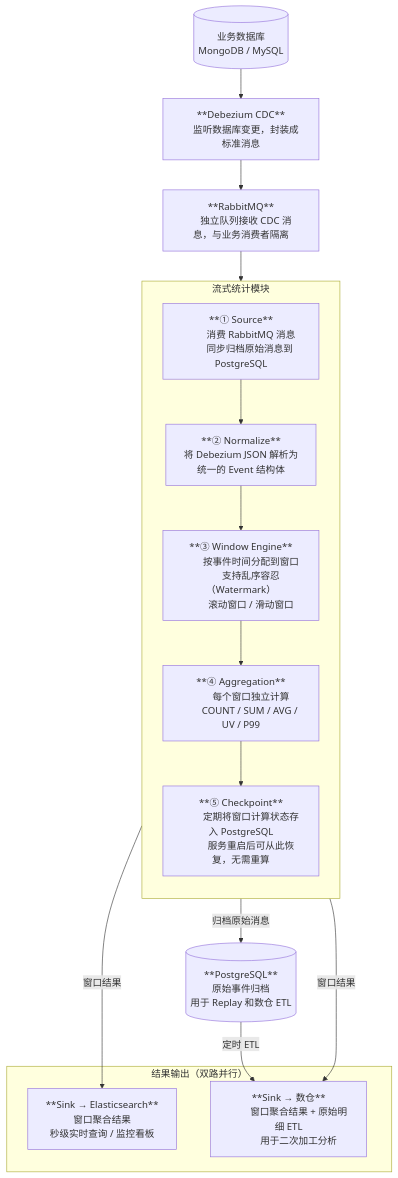
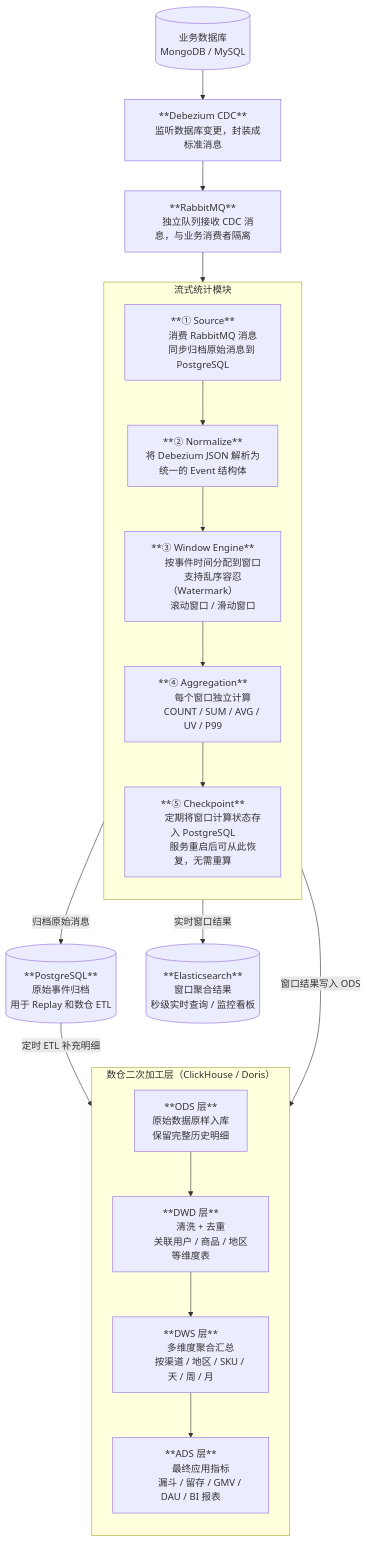
The first of 2 diagrams in stream-stats-design.md (EthanScriptOn/strea-doc), drawn with Mermaid before and after one commit. The commit also changed other lines of this file, not shown here.

Commit message:
merge data flow and dw into single flowchart

````diff
--- a/stream-stats-design.md
+++ b/stream-stats-design.md
@@ -9,57 +9,72 @@
 ```mermaid
 flowchart TD
     DB[("`业务数据库
     MongoDB / MySQL`")]
 
     DBZ["**Debezium CDC**
     监听数据库变更，封装成标准消息"]
 
     MQ["**RabbitMQ**
     独立队列接收 CDC 消息，与业务消费者隔离"]
 
     subgraph STREAM["流式统计模块"]
         direction TB
         A["**① Source**
         消费 RabbitMQ 消息
         同步归档原始消息到 PostgreSQL"]
 
         B["**② Normalize**
         将 Debezium JSON 解析为
         统一的 Event 结构体"]
 
         C["**③ Window Engine**
         按事件时间分配到窗口
         支持乱序容忍（Watermark）
         滚动窗口 / 滑动窗口"]
 
         D["**④ Aggregation**
         每个窗口独立计算
         COUNT / SUM / AVG / UV / P99"]
 
         E["**⑤ Checkpoint**
         定期将窗口计算状态存入 PostgreSQL
         服务重启后可从此恢复，无需重算"]
 
         A --> B --> C --> D --> E
     end
 
     PG_ARCHIVE[("**PostgreSQL**
     原始事件归档
     用于 Replay 和数仓 ETL")]
 
-    subgraph OUTPUT["结果输出（双路并行）"]
-        ES["**Sink → Elasticsearch**
-        窗口聚合结果
-        秒级实时查询 / 监控看板"]
+    ES[("**Elasticsearch**
+    窗口聚合结果
+    秒级实时查询 / 监控看板")]
 
-        DW["**Sink → 数仓**
-        窗口聚合结果 + 原始明细 ETL
-        用于二次加工分析"]
+    subgraph DW["数仓二次加工层（ClickHouse / Doris）"]
+        direction TB
+        ODS["**ODS 层**
+        原始数据原样入库
+        保留完整历史明细"]
+
+        DWD["**DWD 层**
+        清洗 + 去重
+        关联用户 / 商品 / 地区等维度表"]
+
+        DWS["**DWS 层**
+        多维度聚合汇总
+        按渠道 / 地区 / SKU / 天 / 周 / 月"]
+
+        ADS["**ADS 层**
+        最终应用指标
+        漏斗 / 留存 / GMV / DAU / BI 报表"]
+
+        ODS --> DWD --> DWS --> ADS
     end
 
     DB --> DBZ --> MQ --> A
     A -- "归档原始消息" --> PG_ARCHIVE
-    D -- "窗口结果" --> ES
-    D -- "窗口结果" --> DW
-    PG_ARCHIVE -- "定时 ETL" --> DW
+    D -- "实时窗口结果" --> ES
+    D -- "窗口结果写入 ODS" --> ODS
+    PG_ARCHIVE -- "定时 ETL 补充明细" --> ODS
 ```
````
